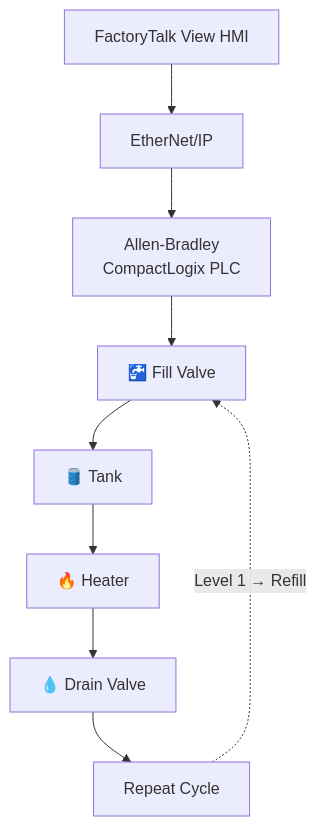
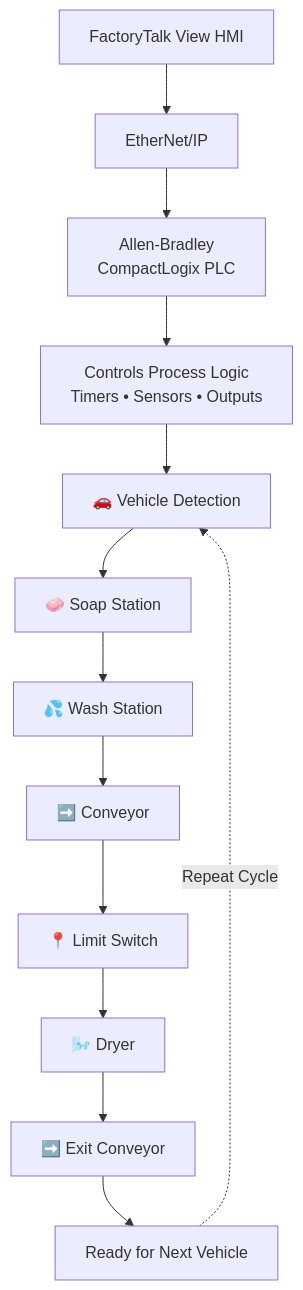
One commit to AnilPantula/Industrial-Water-Tank-Process-Control-System changed the diagram in README.md. Above: the diagram before and after it, drawn with Mermaid. The commit also changed other lines of this file, not shown here.

````diff
--- a/README.md
+++ b/README.md
@@ -78,13 +81,17 @@
 ```mermaid
 flowchart TB
 HMI["FactoryTalk View HMI"]
 NET["EtherNet/IP"]
 PLC["Allen-Bradley<br/>CompactLogix PLC"]
 HMI --> NET --> PLC
-PLC --> FILL["🚰 Fill Valve"]
-FILL --> TANK["🛢️ Tank"]
-TANK --> HEAT["🔥 Heater"]
-HEAT --> DRAIN["💧 Drain Valve"]
-DRAIN --> CYCLE["Repeat Cycle"]
-CYCLE -. Level 1 → Refill .-> FILL
+PLC --> CTRL["Controls Process Logic<br/>Timers • Sensors • Outputs"]
+CTRL --> DETECT["🚗 Vehicle Detection"]
+DETECT --> SOAP["🧼 Soap Station"]
+SOAP --> WASH["💦 Wash Station"]
+WASH --> CONV["➡️ Conveyor"]
+CONV --> LIMIT["📍 Limit Switch"]
+LIMIT --> DRYER["🌬️ Dryer"]
+DRYER --> EXIT["➡️ Exit Conveyor"]
+EXIT --> READY["Ready for Next Vehicle"]
+READY -. Repeat Cycle .-> DETECT
 ```
````
